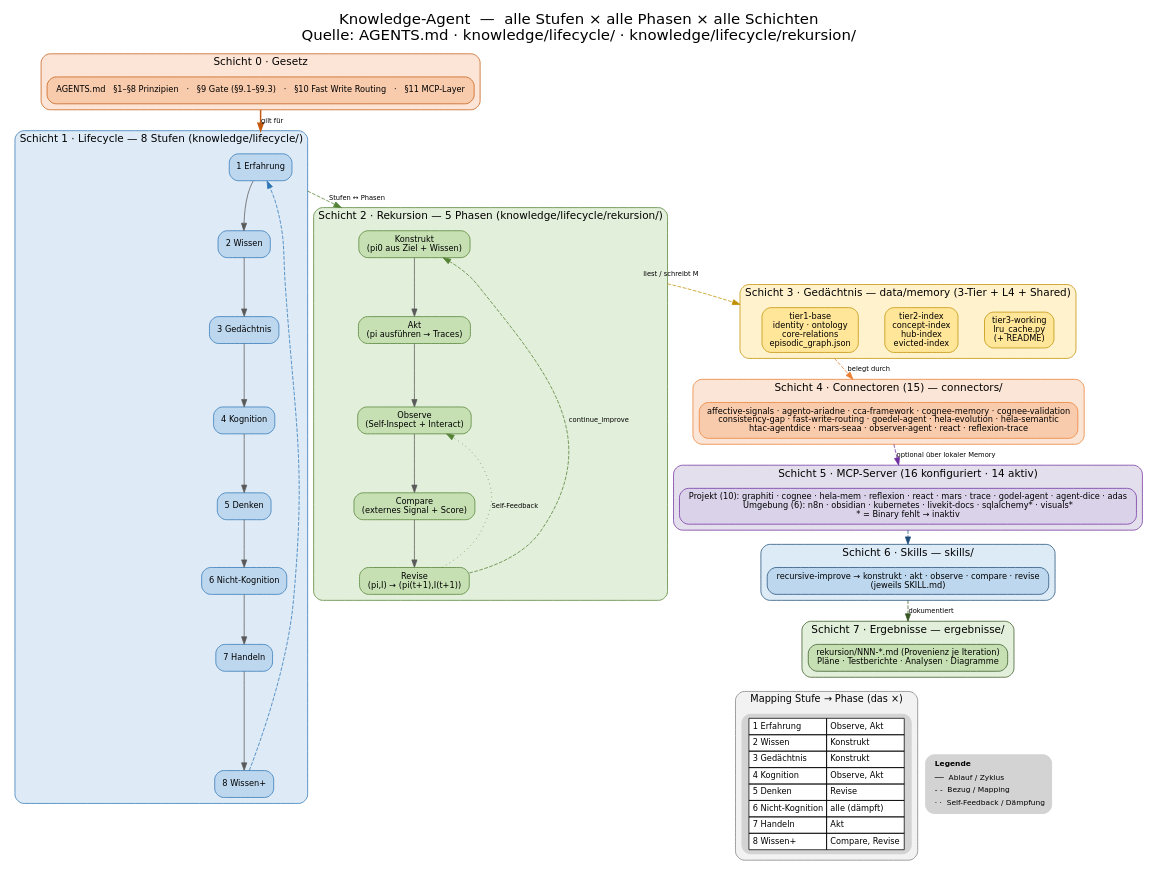
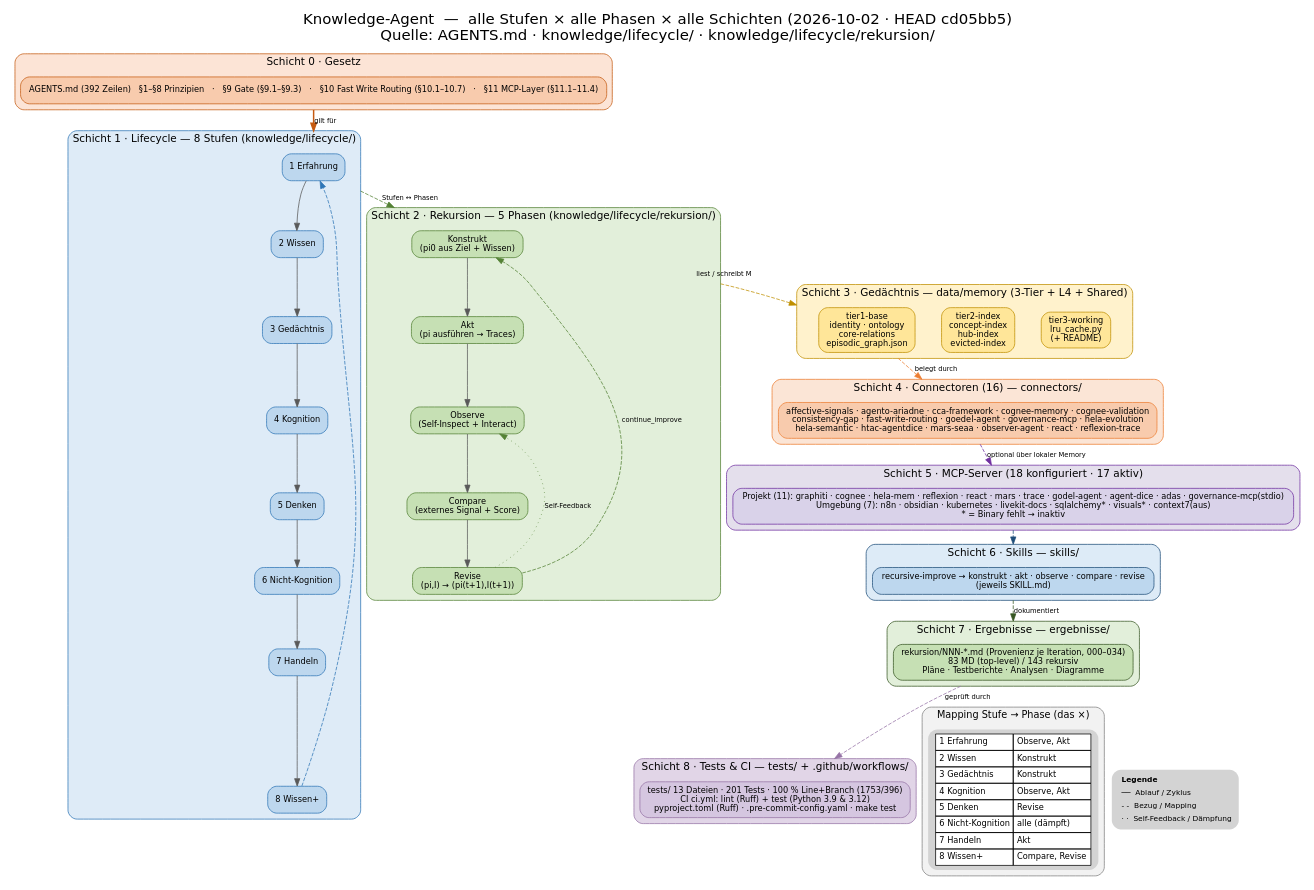
Before and after one commit to abatn/Ata3lm: the diagram in ergebnisse/knowledge-agent-diagramm.dot, drawn with Graphviz. The commit also changed 2 other files, not shown here.

Commit message:
docs: knowledge-agent-diagramm (dot/png/svg) aktualisiert - Connectoren 16, MCP 18/17, Schicht 8 Tests&CI
- Titel: 2026-10-02 · HEAD cd05bb5; Schicht 0: AGENTS.md 392 Z. (§10.1-10.7, §11.1-11.4)
- Schicht 4: Connectoren 15 -> 16 (+ governance-mcp)
- Schicht 5: MCP 16/14 -> 18 konfiguriert / 17 aktiv; Projekt (11) inkl. governance-mcp(stdio),
  Umgebung (7) inkl. context7(aus)
- Schicht 7: rekursion 000-034, 83 MD top-level / 143 rekursiv
- NEU Schicht 8 "Tests & CI": tests/ 13 Dateien, 201 Tests, 100 % Line+Branch (1753/396);
  ci.yml lint+test (3.9/3.12), Ruff, pre-commit, make test; Kante "geprüft durch"
- PNG + SVG via graphviz neu gerendert

```diff
--- a/ergebnisse/knowledge-agent-diagramm.dot
+++ b/ergebnisse/knowledge-agent-diagramm.dot
@@ -1,125 +1,133 @@
 digraph KnowledgeAgent {
   rankdir=TB;
   compound=true;
   bgcolor="white";
   fontname="DejaVu Sans";
   labelloc="t";
   fontsize=20;
-  label="Knowledge-Agent  —  alle Stufen × alle Phasen × alle Schichten\nQuelle: AGENTS.md · knowledge/lifecycle/ · knowledge/lifecycle/rekursion/";
+  label="Knowledge-Agent  —  alle Stufen × alle Phasen × alle Schichten (2026-10-02 · HEAD cd05bb5)\nQuelle: AGENTS.md · knowledge/lifecycle/ · knowledge/lifecycle/rekursion/";
   node [shape=box, style="rounded,filled", fontname="DejaVu Sans", fontsize=11, margin="0.14,0.09"];
   edge [fontname="DejaVu Sans", fontsize=9, color="#595959"];
 
   // ================= Schicht 0 · Gesetz =================
   subgraph cluster_law {
     label="Schicht 0 · Gesetz";
     style="filled,rounded"; fillcolor="#FCE4D6"; color="#C55A11"; fontsize=14;
-    law [label="AGENTS.md   §1–§8 Prinzipien   ·   §9 Gate (§9.1–§9.3)   ·   §10 Fast Write Routing   ·   §11 MCP-Layer", fillcolor="#F8CBAD", color="#C55A11"];
+    law [label="AGENTS.md (392 Zeilen)   §1–§8 Prinzipien   ·   §9 Gate (§9.1–§9.3)   ·   §10 Fast Write Routing (§10.1–10.7)   ·   §11 MCP-Layer (§11.1–11.4)", fillcolor="#F8CBAD", color="#C55A11"];
   }
 
   // ================= Schicht 1 · Lifecycle (8 Stufen) =================
   subgraph cluster_stufen {
     label="Schicht 1 · Lifecycle — 8 Stufen (knowledge/lifecycle/)";
     style="filled,rounded"; fillcolor="#DEEBF7"; color="#2E75B6"; fontsize=14;
     s1 [label="1 Erfahrung", fillcolor="#BDD7EE", color="#2E75B6"];
     s2 [label="2 Wissen", fillcolor="#BDD7EE", color="#2E75B6"];
     s3 [label="3 Gedächtnis", fillcolor="#BDD7EE", color="#2E75B6"];
     s4 [label="4 Kognition", fillcolor="#BDD7EE", color="#2E75B6"];
     s5 [label="5 Denken", fillcolor="#BDD7EE", color="#2E75B6"];
     s6 [label="6 Nicht-Kognition", fillcolor="#BDD7EE", color="#2E75B6"];
     s7 [label="7 Handeln", fillcolor="#BDD7EE", color="#2E75B6"];
     s8 [label="8 Wissen+", fillcolor="#BDD7EE", color="#2E75B6"];
     s1 -> s2 -> s3 -> s4 -> s5 -> s6 -> s7 -> s8;
     s8 -> s1 [constraint=false, style=dashed, color="#2E75B6"];
   }
 
   // ================= Schicht 2 · Rekursion (5 Phasen) =================
   subgraph cluster_phasen {
     label="Schicht 2 · Rekursion — 5 Phasen (knowledge/lifecycle/rekursion/)";
     style="filled,rounded"; fillcolor="#E2EFDA"; color="#548235"; fontsize=14;
     p1 [label="Konstrukt\n(pi0 aus Ziel + Wissen)", fillcolor="#C6E0B4", color="#548235"];
     p2 [label="Akt\n(pi ausführen → Traces)", fillcolor="#C6E0B4", color="#548235"];
     p3 [label="Observe\n(Self-Inspect + Interact)", fillcolor="#C6E0B4", color="#548235"];
     p4 [label="Compare\n(externes Signal + Score)", fillcolor="#C6E0B4", color="#548235"];
     p5 [label="Revise\n(pi,I) → (pi(t+1),I(t+1))", fillcolor="#C6E0B4", color="#548235"];
     p1 -> p2 -> p3 -> p4 -> p5;
     p5 -> p1 [constraint=false, style=dashed, color="#548235", label="continue_improve"];
     p5 -> p3 [constraint=false, style=dotted, color="#548235", label="Self-Feedback"];
   }
 
   // ================= Schicht 3 · Gedächtnis (3-Tier) =================
   subgraph cluster_mem {
     label="Schicht 3 · Gedächtnis — data/memory (3-Tier + L4 + Shared)";
     style="filled,rounded"; fillcolor="#FFF2CC"; color="#BF8F00"; fontsize=14;
     {rank=same; m1; m2; m3;}
     m1 [label="tier1-base\nidentity · ontology\ncore-relations\nepisodic_graph.json", fillcolor="#FFE699", color="#BF8F00"];
     m2 [label="tier2-index\nconcept-index\nhub-index\nevicted-index", fillcolor="#FFE699", color="#BF8F00"];
     m3 [label="tier3-working\nlru_cache.py\n(+ README)", fillcolor="#FFE699", color="#BF8F00"];
     m1 -> m2 -> m3 [style=invis];
   }
 
   // ================= Schicht 4 · Connectoren =================
   subgraph cluster_conn {
-    label="Schicht 4 · Connectoren (15) — connectors/";
+    label="Schicht 4 · Connectoren (16) — connectors/";
     style="filled,rounded"; fillcolor="#FBE5D6"; color="#ED7D31"; fontsize=14;
-    conn [label="affective-signals · agento-ariadne · cca-framework · cognee-memory · cognee-validation\nconsistency-gap · fast-write-routing · goedel-agent · hela-evolution · hela-semantic\nhtac-agentdice · mars-seaa · observer-agent · react · reflexion-trace", fillcolor="#F8CBAD", color="#ED7D31"];
+    conn [label="affective-signals · agento-ariadne · cca-framework · cognee-memory · cognee-validation\nconsistency-gap · fast-write-routing · goedel-agent · governance-mcp · hela-evolution\nhela-semantic · htac-agentdice · mars-seaa · observer-agent · react · reflexion-trace", fillcolor="#F8CBAD", color="#ED7D31"];
   }
 
   // ================= Schicht 5 · MCP =================
   subgraph cluster_mcp {
-    label="Schicht 5 · MCP-Server (16 konfiguriert · 14 aktiv)";
+    label="Schicht 5 · MCP-Server (18 konfiguriert · 17 aktiv)";
     style="filled,rounded"; fillcolor="#E4DFEC"; color="#7030A0"; fontsize=14;
-    mcp [label="Projekt (10): graphiti · cognee · hela-mem · reflexion · react · mars · trace · godel-agent · agent-dice · adas\nUmgebung (6): n8n · obsidian · kubernetes · livekit-docs · sqlalchemy* · visuals*\n* = Binary fehlt → inaktiv", fillcolor="#D9D2E9", color="#7030A0"];
+    mcp [label="Projekt (11): graphiti · cognee · hela-mem · reflexion · react · mars · trace · godel-agent · agent-dice · adas · governance-mcp(stdio)\nUmgebung (7): n8n · obsidian · kubernetes · livekit-docs · sqlalchemy* · visuals* · context7(aus)\n* = Binary fehlt → inaktiv", fillcolor="#D9D2E9", color="#7030A0"];
   }
 
   // ================= Schicht 6 · Skills =================
   subgraph cluster_skills {
     label="Schicht 6 · Skills — skills/";
     style="filled,rounded"; fillcolor="#DDEBF7"; color="#1F4E79"; fontsize=14;
     sk [label="recursive-improve → konstrukt · akt · observe · compare · revise\n(jeweils SKILL.md)", fillcolor="#BDD7EE", color="#1F4E79"];
   }
 
   // ================= Schicht 7 · Ergebnisse =================
   subgraph cluster_res {
     label="Schicht 7 · Ergebnisse — ergebnisse/";
     style="filled,rounded"; fillcolor="#E2EFDA"; color="#375623"; fontsize=14;
-    res [label="rekursion/NNN-*.md (Provenienz je Iteration)\nPläne · Testberichte · Analysen · Diagramme", fillcolor="#C6E0B4", color="#375623"];
+    res [label="rekursion/NNN-*.md (Provenienz je Iteration, 000–034)\n83 MD (top-level) / 143 rekursiv\nPläne · Testberichte · Analysen · Diagramme", fillcolor="#C6E0B4", color="#375623"];
+  }
+
+  // ================= Schicht 8 · Tests & CI =================
+  subgraph cluster_tests {
+    label="Schicht 8 · Tests & CI — tests/ + .github/workflows/";
+    style="filled,rounded"; fillcolor="#E1D5E7"; color="#9673A6"; fontsize=14;
+    tst [label="tests/ 13 Dateien · 201 Tests · 100 % Line+Branch (1753/396)\nCI ci.yml: lint (Ruff) + test (Python 3.9 & 3.12)\npyproject.toml (Ruff) · .pre-commit-config.yaml · make test", fillcolor="#D5C6E0", color="#9673A6"];
   }
 
   // ================= Schicht-Spine (von oben nach unten) =================
   law -> s1 [ltail=cluster_law, lhead=cluster_stufen, style=bold, color="#C55A11", label="gilt für"];
   s1 -> p1 [ltail=cluster_stufen, lhead=cluster_phasen, style=dashed, color="#548235", label="Stufen ↔ Phasen"];
   p1 -> m1 [ltail=cluster_phasen, lhead=cluster_mem, style=dashed, color="#BF8F00", label="liest / schreibt M"];
   m1 -> conn [ltail=cluster_mem, lhead=cluster_conn, style=dashed, color="#ED7D31", label="belegt durch"];
   conn -> mcp [ltail=cluster_conn, lhead=cluster_mcp, style=dashed, color="#7030A0", label="optional über lokaler Memory"];
   mcp -> sk [ltail=cluster_mcp, lhead=cluster_skills, style=dashed, color="#1F4E79"];
   sk -> res [ltail=cluster_skills, lhead=cluster_res, style=dashed, color="#375623", label="dokumentiert"];
+  res -> tst [ltail=cluster_res, lhead=cluster_tests, style=dashed, color="#9673A6", label="geprüft durch"];
 
   // ================= Mapping-Tabelle (das "×") =================
   subgraph cluster_map {
     label="Mapping Stufe → Phase (das ×)";
     style="filled,rounded"; fillcolor="#F2F2F2"; color="#808080"; fontsize=13;
     map [shape=plaintext, fontsize=11, label=<
       <TABLE BORDER="0" CELLBORDER="1" CELLSPACING="0" CELLPADDING="4" BGCOLOR="#FFFFFF">
         <TR><TD ALIGN="LEFT">1 Erfahrung</TD><TD ALIGN="LEFT">Observe, Akt</TD></TR>
         <TR><TD ALIGN="LEFT">2 Wissen</TD><TD ALIGN="LEFT">Konstrukt</TD></TR>
         <TR><TD ALIGN="LEFT">3 Gedächtnis</TD><TD ALIGN="LEFT">Konstrukt</TD></TR>
         <TR><TD ALIGN="LEFT">4 Kognition</TD><TD ALIGN="LEFT">Observe, Akt</TD></TR>
         <TR><TD ALIGN="LEFT">5 Denken</TD><TD ALIGN="LEFT">Revise</TD></TR>
         <TR><TD ALIGN="LEFT">6 Nicht-Kognition</TD><TD ALIGN="LEFT">alle (dämpft)</TD></TR>
         <TR><TD ALIGN="LEFT">7 Handeln</TD><TD ALIGN="LEFT">Akt</TD></TR>
         <TR><TD ALIGN="LEFT">8 Wissen+</TD><TD ALIGN="LEFT">Compare, Revise</TD></TR>
       </TABLE>>];
   }
 
   // ================= Legende =================
   legend [shape=plaintext, fontsize=10, label=<
     <TABLE BORDER="0" CELLBORDER="0" CELLSPACING="0" CELLPADDING="3">
       <TR><TD ALIGN="LEFT"><B>Legende</B></TD></TR>
       <TR><TD ALIGN="LEFT">──  Ablauf / Zyklus</TD></TR>
       <TR><TD ALIGN="LEFT">- -  Bezug / Mapping</TD></TR>
       <TR><TD ALIGN="LEFT">· ·  Self-Feedback / Dämpfung</TD></TR>
     </TABLE>>];
 
   res -> map [style=invis];
   res -> legend [style=invis];
 }
```
